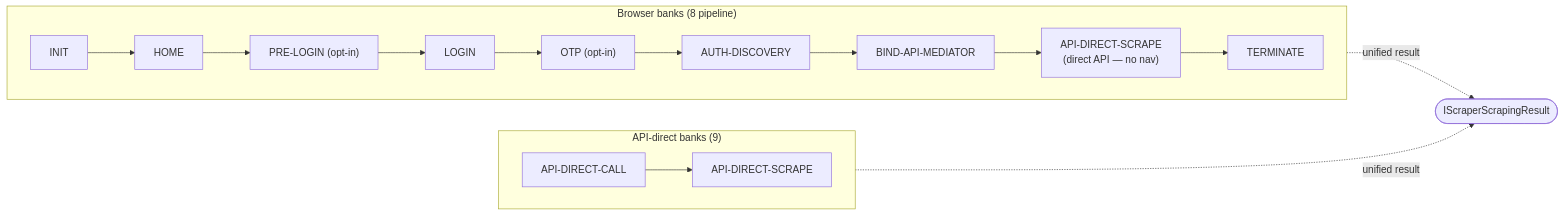
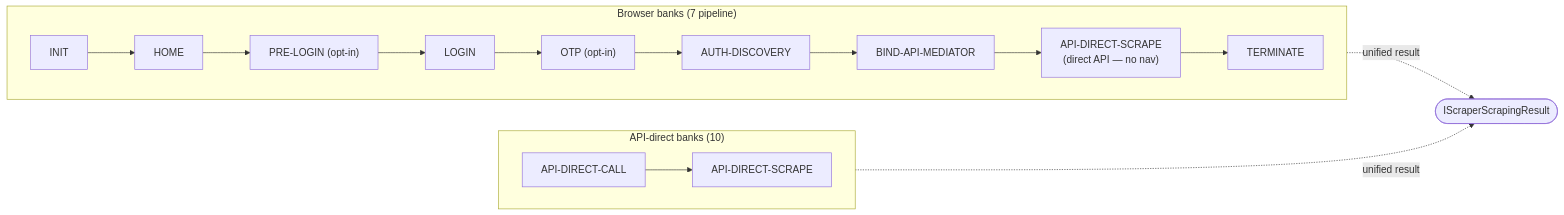
Before and after one commit to sergienko4/israeli-bank-scrapers: the diagram in docs/index.md, drawn with Mermaid. The commit also changed other lines of this file and 51 other files, not shown here.

First line of the commit message:
feat(yahav): log in via the mobile API, no browser

````diff
--- a/docs/index.md
+++ b/docs/index.md
@@ -37,18 +37,18 @@
 ```mermaid
 flowchart LR
-    subgraph BB["Browser banks (8 pipeline)"]
+    subgraph BB["Browser banks (7 pipeline)"]
       direction LR
       INIT --> HOME --> PRELOGIN["PRE-LOGIN (opt-in)"]
       PRELOGIN --> LOGIN --> OTP["OTP (opt-in)"]
       OTP --> AUTH["AUTH-DISCOVERY"] --> BIND["BIND-API-MEDIATOR"]
       BIND --> SCRAPE["API-DIRECT-SCRAPE<br/>(direct API — no nav)"] --> TERM["TERMINATE"]
     end
 
-    subgraph API["API-direct banks (9)"]
+    subgraph API["API-direct banks (10)"]
       direction LR
       CALL["API-DIRECT-CALL"] --> SCR["API-DIRECT-SCRAPE"]
     end
 
     BB -.->|"unified result"| RESULT(["IScraperScrapingResult"])
     API -.->|"unified result"| RESULT
 ```
````
